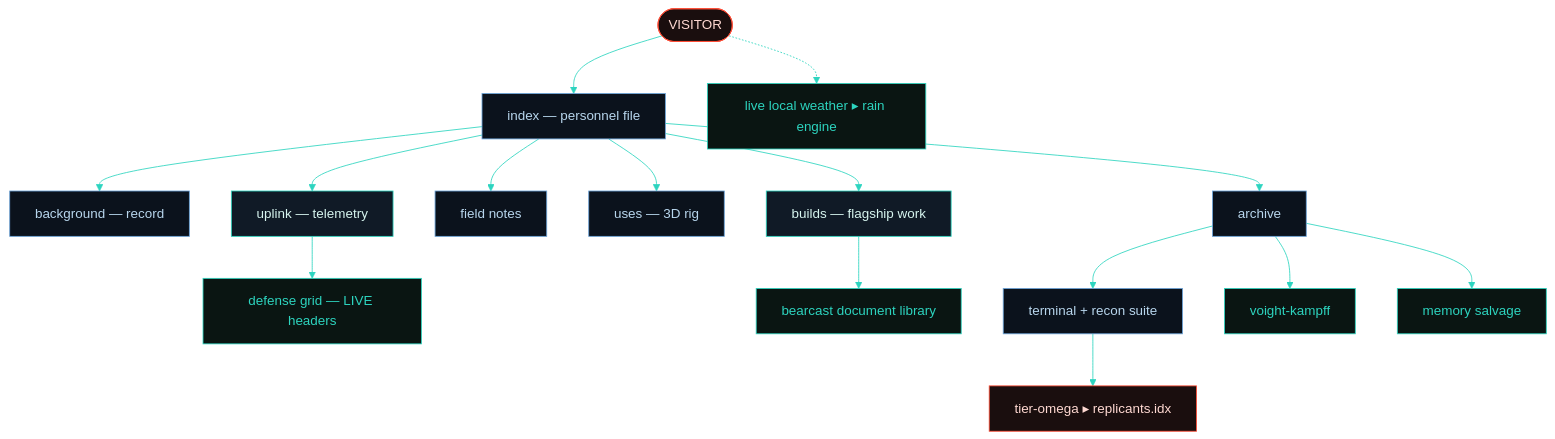
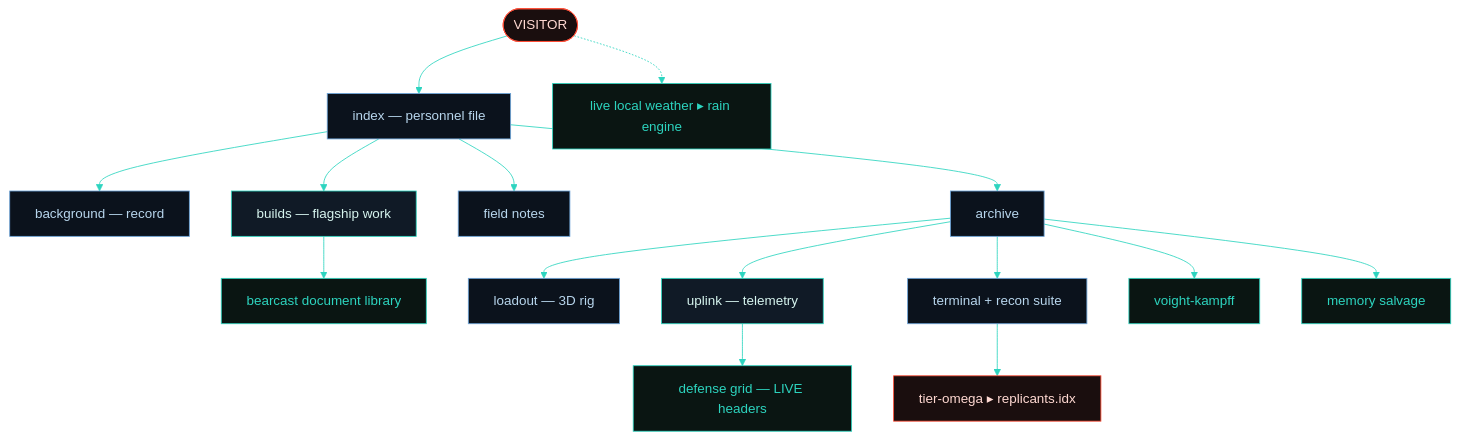
One commit to notChewy1324/cgSite changed the diagram in README.md. Above: the diagram before and after it, drawn with Mermaid. The commit also changed other lines of this file and 23 other files, not shown here.

````diff
--- a/README.md
+++ b/README.md
@@ -119,25 +122,25 @@
 ```mermaid
 %%{init: {'theme':'base','themeVariables':{
   'background':'#050608','primaryColor':'#0b121c','primaryTextColor':'#b8d6ed',
   'primaryBorderColor':'#6ba3d8','lineColor':'#2dd4bf','fontFamily':'monospace',
   'clusterBkg':'#080d14','clusterBorder':'#234a6e','titleColor':'#6ba3d8'}}}%%
 flowchart TD
   V([" VISITOR "]):::edge --> HOME[" index — personnel file "]:::core
   V -.-> WX[" live local weather ▸ rain engine "]:::teal
   HOME --> BG[" background — record "]
   HOME --> B[" builds — flagship work "]:::hot
   HOME --> FN[" field notes "]
-  HOME --> USE[" uses — 3D rig "]
-  HOME --> UP[" uplink — telemetry "]:::hot
   HOME --> AR[" archive "]
+  AR --> USE[" loadout — 3D rig "]
+  AR --> UP[" uplink — telemetry "]:::hot
   UP --> DG[" defense grid — LIVE headers "]:::teal
   B --> DOC[" bearcast document library "]:::teal
   AR --> T[" terminal + recon suite "]
   AR --> VK[" voight-kampff "]:::teal
   AR --> MEM[" memory salvage "]:::teal
   T --> OMEGA[" tier-omega ▸ replicants.idx "]:::edge
   classDef core fill:#0b121c,stroke:#6ba3d8,color:#b8d6ed;
   classDef hot fill:#101a26,stroke:#2dd4bf,color:#d7f5ef;
   classDef teal fill:#0a1512,stroke:#2dd4bf,color:#2dd4bf;
   classDef edge fill:#1a0e0e,stroke:#ff4d36,color:#ffd9d2;
 ```
````
